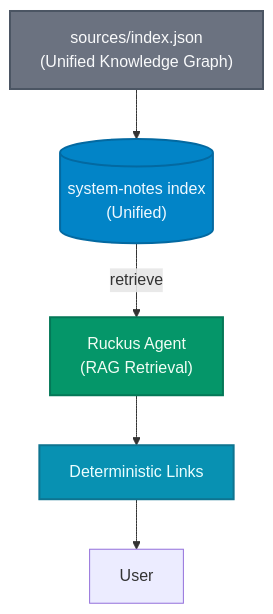
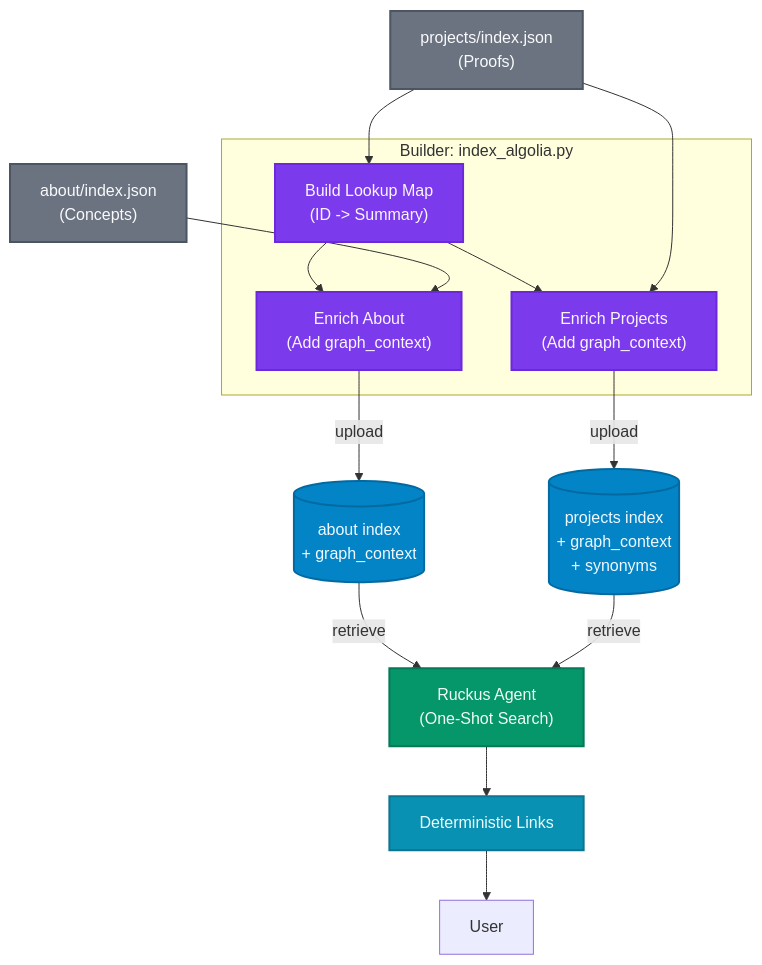
Before and after one commit to anchildress1/system-notes: the diagram in apps/api/algolia/diagrams/system-flow.md, drawn with Mermaid. The commit also changed 15 other files, not shown here.

First line of the commit message:
feat(algolia): implement graph rag workflow and optimize agent prompt

````diff
--- a/apps/api/algolia/diagrams/system-flow.md
+++ b/apps/api/algolia/diagrams/system-flow.md
@@ -5,31 +5,50 @@
 ```mermaid
 graph TB
     accTitle: Algolia System Data Flow
     accDescr: Data flow showing how the Python script enriches JSON data with graph context before indexing
 
     %% Data sources
-    UnifiedJSON["sources/index.json<br/>(Unified Knowledge Graph)"]:::source
+    AboutJSON["about/index.json<br/>(Concepts)"]:::source
+    ProjectsJSON["projects/index.json<br/>(Proofs)"]:::source
+
+    %% The Builder
+    subgraph "Builder: index_algolia.py"
+        Map["Build Lookup Map<br/>(ID -> Summary)"]:::process
+        EnrichProjects["Enrich Projects<br/>(Add graph_context)"]:::process
+        EnrichAbout["Enrich About<br/>(Add graph_context)"]:::process
+    end
 
     %% Algolia indices
-    UnifiedIndex[("system-notes index<br/>(Unified)")]:::index
+    AboutIndex[("about index<br/>+ graph_context")]:::index
+    ProjectsIndex[("projects index<br/>+ graph_context<br/>+ synonyms")]:::index
 
     %% Retrieval
-    Ruckus["Ruckus Agent<br/>(RAG Retrieval)"]:::agent
+    Ruckus["Ruckus Agent<br/>(One-Shot Search)"]:::agent
 
     %% Link generation
     Links["Deterministic Links"]:::output
 
     %% Flow
-    UnifiedJSON --> UnifiedIndex
-    UnifiedIndex -->|retrieve| Ruckus
+    ProjectsJSON --> Map
+    Map --> EnrichProjects
+    Map --> EnrichAbout
+
+    ProjectsJSON --> EnrichProjects
+    AboutJSON --> EnrichAbout
+
+    EnrichProjects -->|upload| ProjectsIndex
+    EnrichAbout -->|upload| AboutIndex
+
+    AboutIndex -->|retrieve| Ruckus
+    ProjectsIndex -->|retrieve| Ruckus
 
     Ruckus --> Links
     Links --> User
 
     %% Styles
     classDef source fill:#6b7280,stroke:#4b5563,stroke-width:2px,color:#f9fafb
     classDef process fill:#7c3aed,stroke:#6d28d9,stroke-width:2px,color:#faf5ff
     classDef index fill:#0284c7,stroke:#0369a1,stroke-width:2px,color:#f0f9ff
     classDef agent fill:#059669,stroke:#047857,stroke-width:2px,color:#f0fdf4
     classDef output fill:#0891b2,stroke:#0e7490,stroke-width:2px,color:#ecfeff
 ```
````
